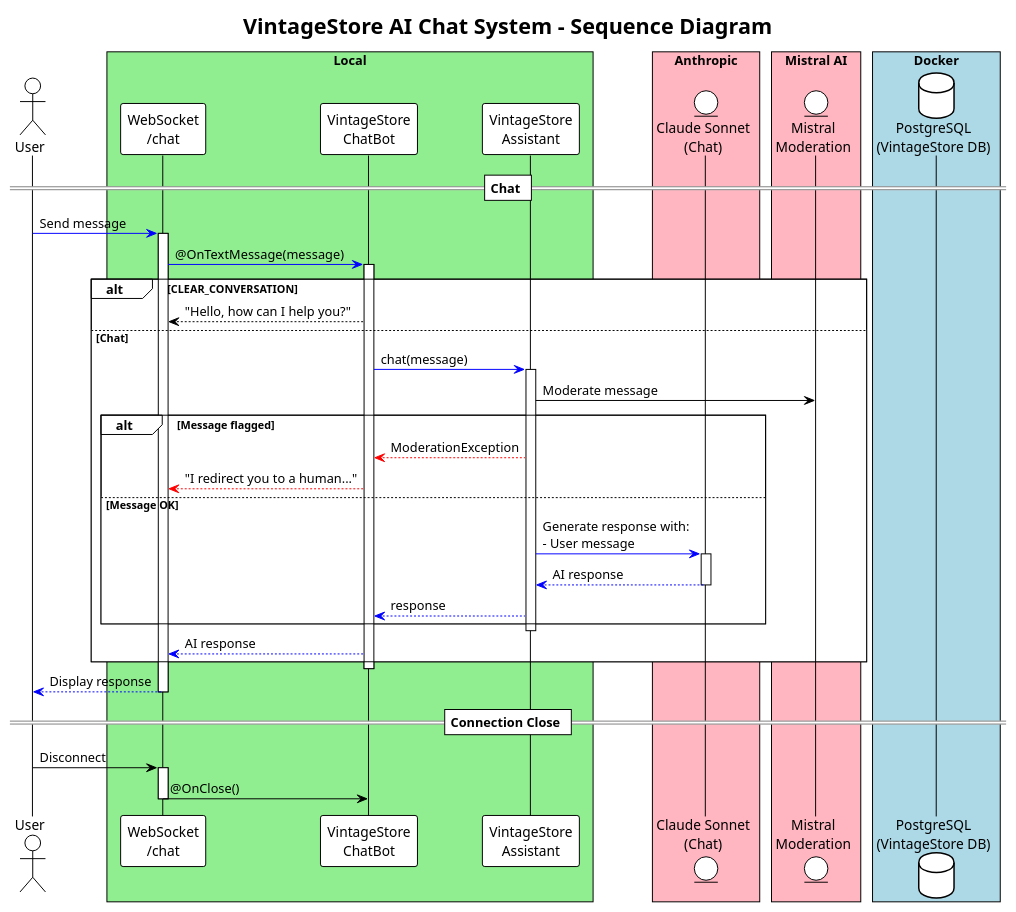
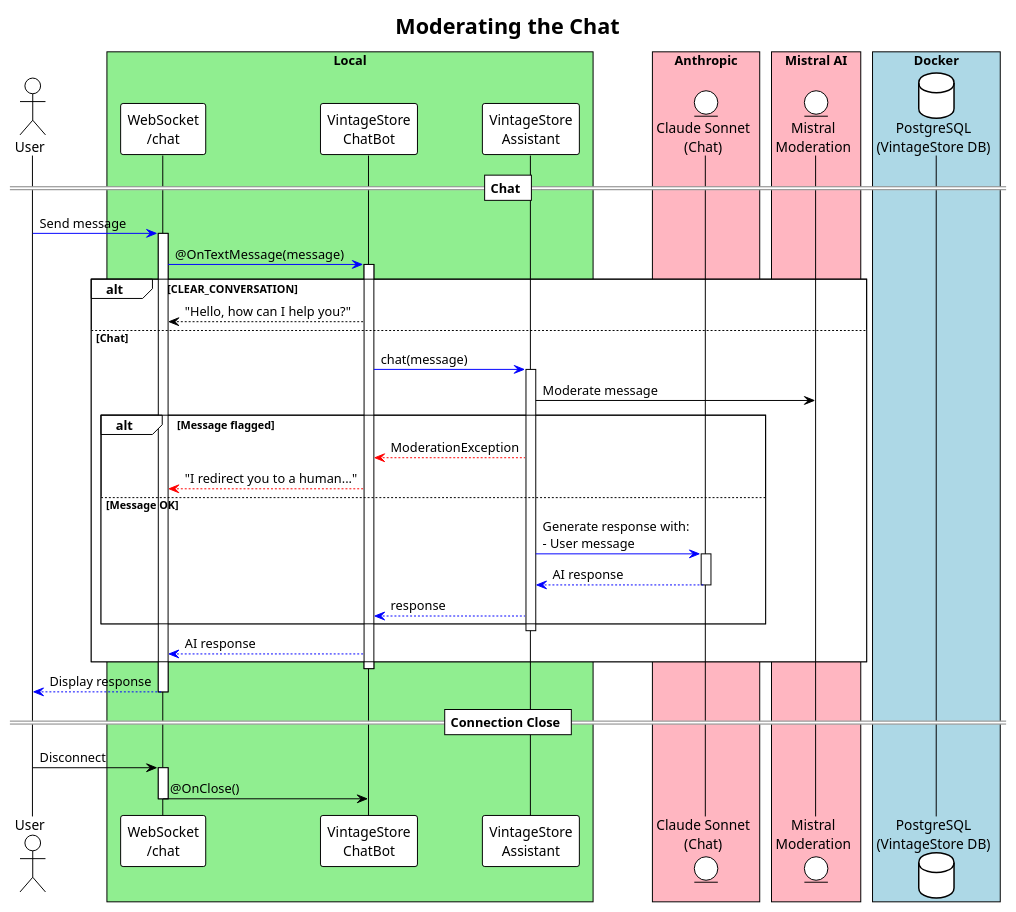
One commit to agoncal/agoncal-application-vintagestore changed the diagram in docs/puml/12-moderation.puml. Above: the diagram before and after it, drawn with PlantUML. The commit also changed 7 other files, not shown here.

```diff
--- a/docs/puml/12-moderation.puml
+++ b/docs/puml/12-moderation.puml
@@ -1,61 +1,61 @@
 @startuml
 !theme plain
-title VintageStore AI Chat System - Sequence Diagram
+title Moderating the Chat
 
 actor User
 box "Local" #LightGreen
 participant "WebSocket\n/chat" as WS
 participant "VintageStore\nChatBot" as ChatBot
 participant "VintageStore\nAssistant" as Assistant
 end box
 box "Anthropic" #LightPink
 entity "Claude Sonnet\n(Chat)" as Anthropic
 end box
 box "Mistral AI" #LightPink
 entity "Mistral\nModeration" as Mistral
 end box
 box "Docker" #LightBlue
 database "PostgreSQL\n(VintageStore DB)" as PostgreSQL
 end box
 
 == Chat ==
 User -[#blue]> WS: Send message
 activate WS
 WS -[#blue]> ChatBot: @OnTextMessage(message)
 activate ChatBot
 
 alt CLEAR_CONVERSATION
     ChatBot --> WS: "Hello, how can I help you?"
 else Chat
     ChatBot -[#blue]> Assistant: chat(message)
     activate Assistant
     Assistant -> Mistral: Moderate message
 
     alt Message flagged
         Assistant -[#red]-> ChatBot: ModerationException
         ChatBot -[#red]-> WS: "I redirect you to a human..."
     else Message OK
 
         Assistant -[#blue]> Anthropic: Generate response with:\n- User message
         activate Anthropic
         Anthropic -[#blue]-> Assistant: AI response
         deactivate Anthropic
 
         Assistant -[#blue]-> ChatBot: response
     end
     deactivate Assistant
 
     ChatBot -[#blue]-> WS: AI response
 end
 deactivate ChatBot
 
 WS -[#blue]-> User: Display response
 deactivate WS
 
 == Connection Close ==
 User -> WS: Disconnect
 activate WS
 WS -> ChatBot: @OnClose()
 deactivate WS
 
 @enduml
```
